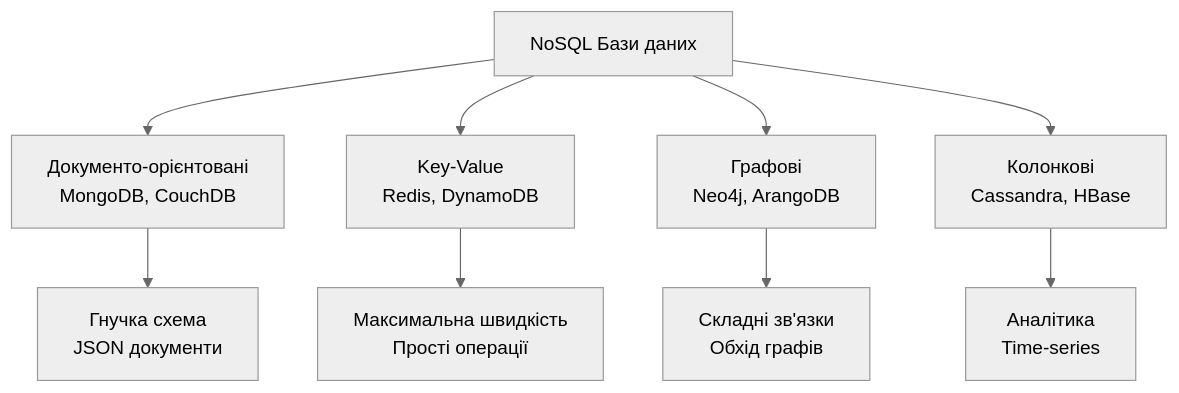
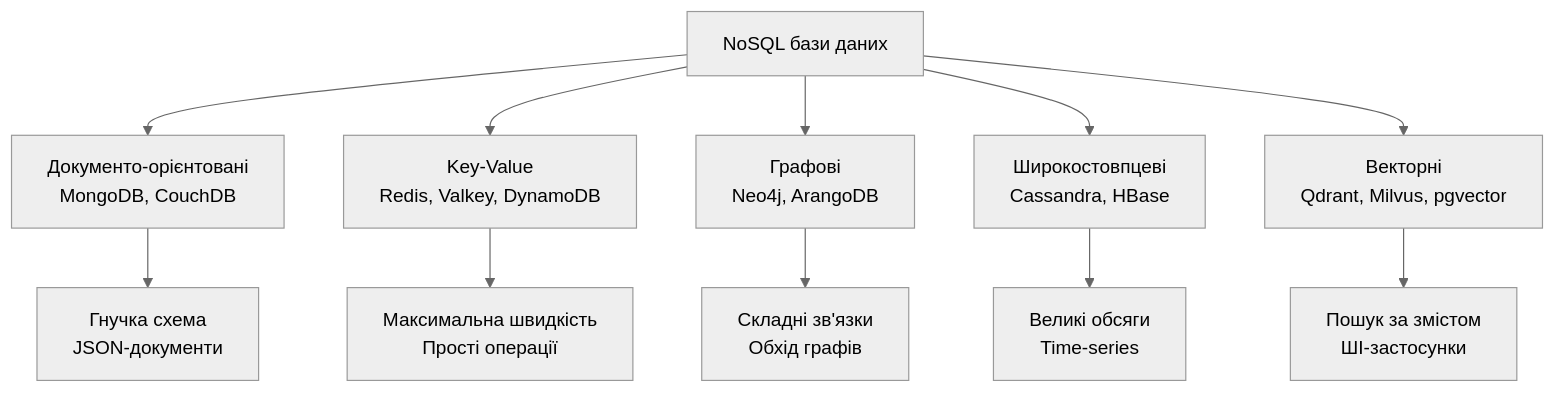
One commit to olroi421/course-opi-v2 changed the third of 7 diagrams in lectures/lecture-10.md. Above: the diagram before and after it, drawn with Mermaid (neutral theme). The commit also changed other lines of this file and 10 other files, not shown here.

````diff
--- a/lectures/lecture-10.md
+++ b/lectures/lecture-10.md
@@ -165,12 +268,14 @@
 ```mermaid
 graph TB
-    A[NoSQL Бази даних] --> B[Документо-орієнтовані<br/>MongoDB, CouchDB]
-    A --> C[Key-Value<br/>Redis, DynamoDB]
-    A --> D[Графові<br/>Neo4j, ArangoDB]
-    A --> E[Колонкові<br/>Cassandra, HBase]
+    A["NoSQL бази даних"] --> B["Документо-орієнтовані<br/>MongoDB, CouchDB"]
+    A --> C["Key-Value<br/>Redis, Valkey, DynamoDB"]
+    A --> D["Графові<br/>Neo4j, ArangoDB"]
+    A --> E["Широкостовпцеві<br/>Cassandra, HBase"]
+    A --> V["Векторні<br/>Qdrant, Milvus, pgvector"]
 
-    B --> F[Гнучка схема<br/>JSON документи]
-    C --> G[Максимальна швидкість<br/>Прості операції]
-    D --> H[Складні зв'язки<br/>Обхід графів]
-    E --> I[Аналітика<br/>Time-series]
+    B --> F["Гнучка схема<br/>JSON-документи"]
+    C --> G["Максимальна швидкість<br/>Прості операції"]
+    D --> H["Складні зв'язки<br/>Обхід графів"]
+    E --> I["Великі обсяги<br/>Time-series"]
+    V --> W["Пошук за змістом<br/>ШІ-застосунки"]
 ```
````
